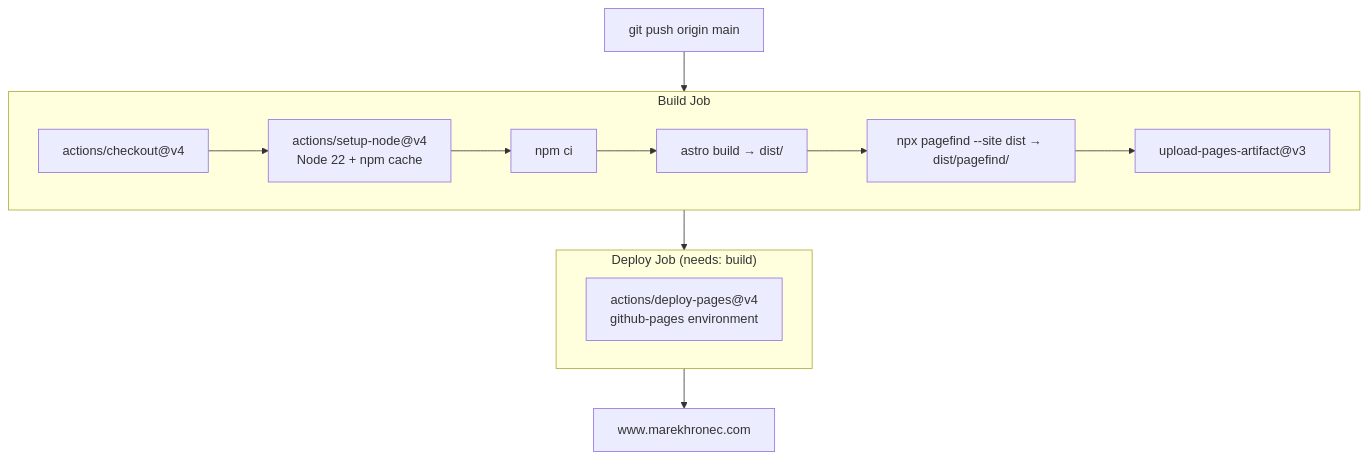
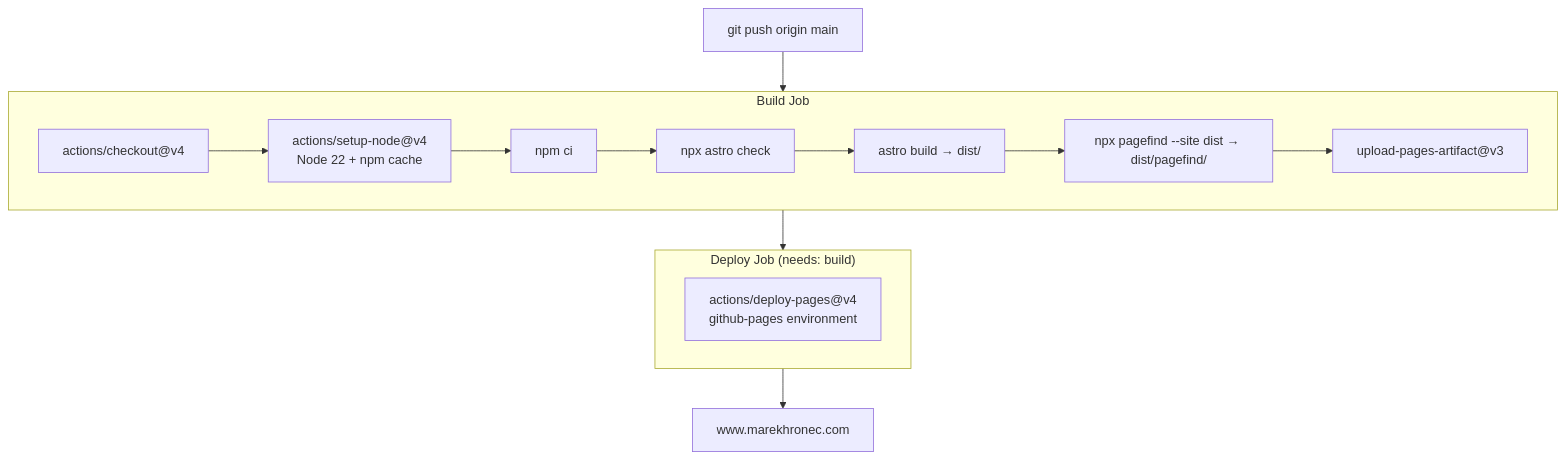
The second of 2 diagrams in docs/ARCHITECTURE.md (MarekHronec/marek-hronec-web), drawn with Mermaid before and after one commit. The commit also changed other lines of this file and 8 other files, not shown here.

````diff
--- a/docs/ARCHITECTURE.md
+++ b/docs/ARCHITECTURE.md
@@ -451,20 +447,21 @@
 ```mermaid
 flowchart TD
     Push["git push origin main"] --> Build
 
     subgraph Build["Build Job"]
         B1["actions/checkout@v4"] --> B2["actions/setup-node@v4\nNode 22 + npm cache"]
         B2 --> B3["npm ci"]
-        B3 --> B4["astro build → dist/"]
+        B3 --> B3b["npx astro check"]
+        B3b --> B4["astro build → dist/"]
         B4 --> B4b["npx pagefind --site dist → dist/pagefind/"]
         B4b --> B5["upload-pages-artifact@v3"]
     end
 
     Build --> Deploy
 
     subgraph Deploy["Deploy Job (needs: build)"]
         D1["actions/deploy-pages@v4\ngithub-pages environment"]
     end
 
     Deploy --> Live["www.marekhronec.com"]
 ```
````
